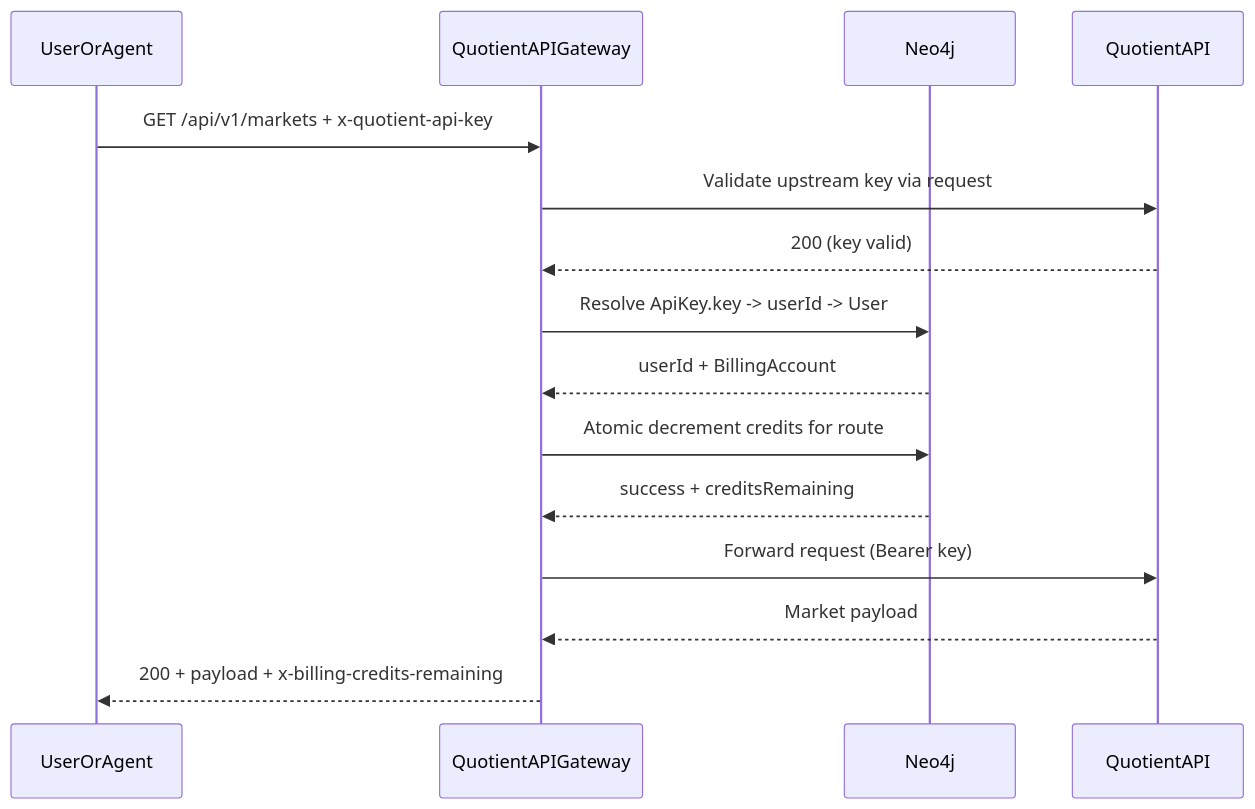
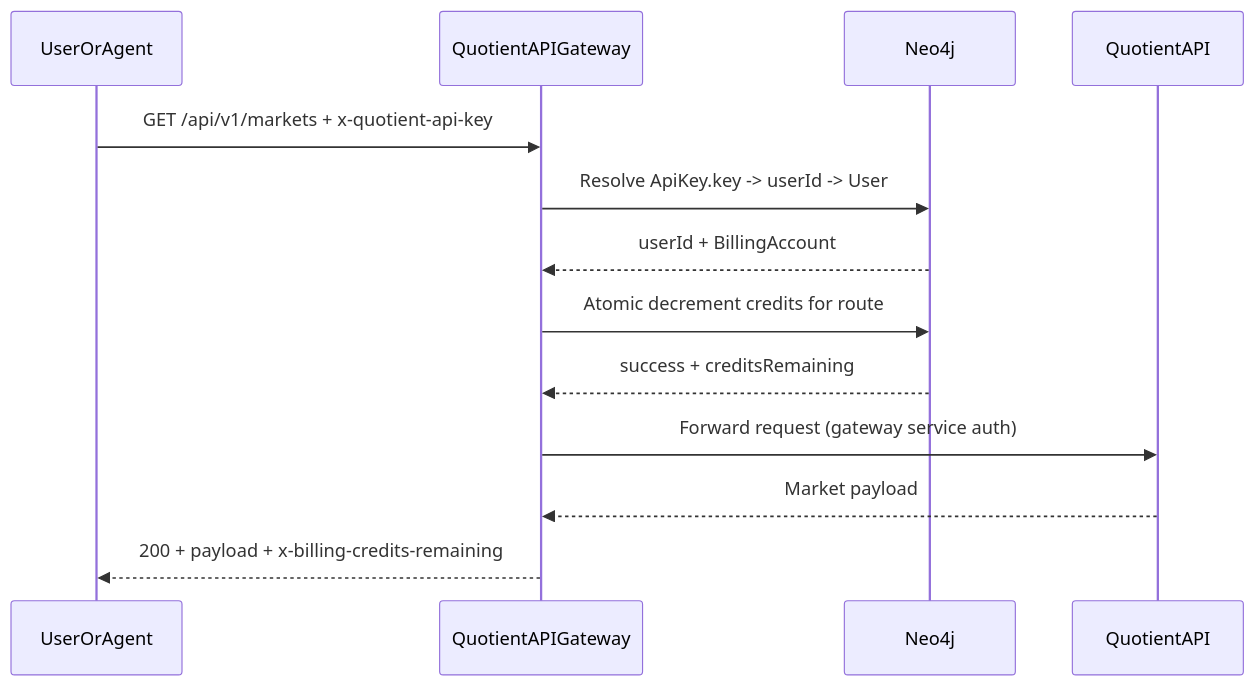
Before and after one commit to Quotient-Solutions-Inc/quotient-api-gateway: the first of 3 diagrams in README.md, drawn with Mermaid. The commit also changed other lines of this file and 15 other files, not shown here.

````diff
--- a/README.md
+++ b/README.md
@@ -31,18 +51,16 @@
 ```mermaid
 sequenceDiagram
     participant Agent as UserOrAgent
     participant Gateway as QuotientAPIGateway
     participant Neo4j as Neo4j
     participant API as QuotientAPI
 
     Agent->>Gateway: GET /api/v1/markets + x-quotient-api-key
-    Gateway->>API: Validate upstream key via request
-    API-->>Gateway: 200 (key valid)
     Gateway->>Neo4j: Resolve ApiKey.key -> userId -> User
     Neo4j-->>Gateway: userId + BillingAccount
     Gateway->>Neo4j: Atomic decrement credits for route
     Neo4j-->>Gateway: success + creditsRemaining
-    Gateway->>API: Forward request (Bearer key)
+    Gateway->>API: Forward request (gateway service auth)
     API-->>Gateway: Market payload
     Gateway-->>Agent: 200 + payload + x-billing-credits-remaining
 ```
````
